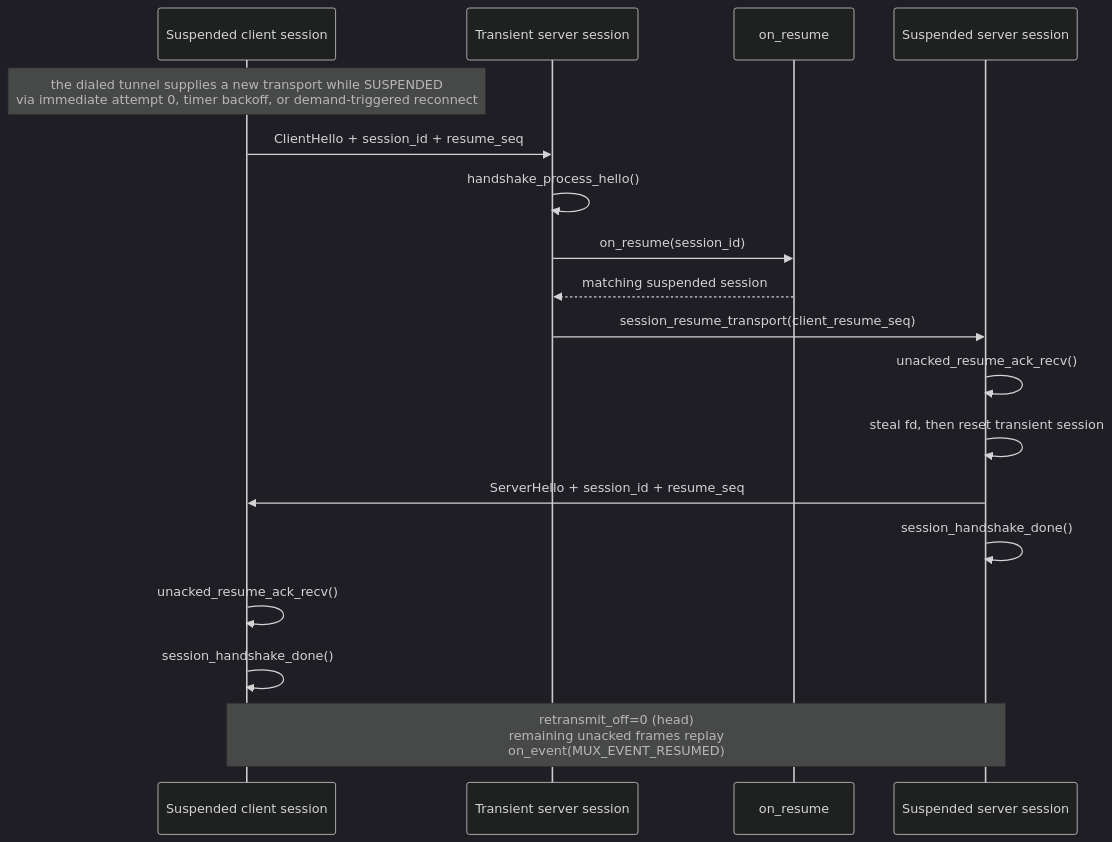
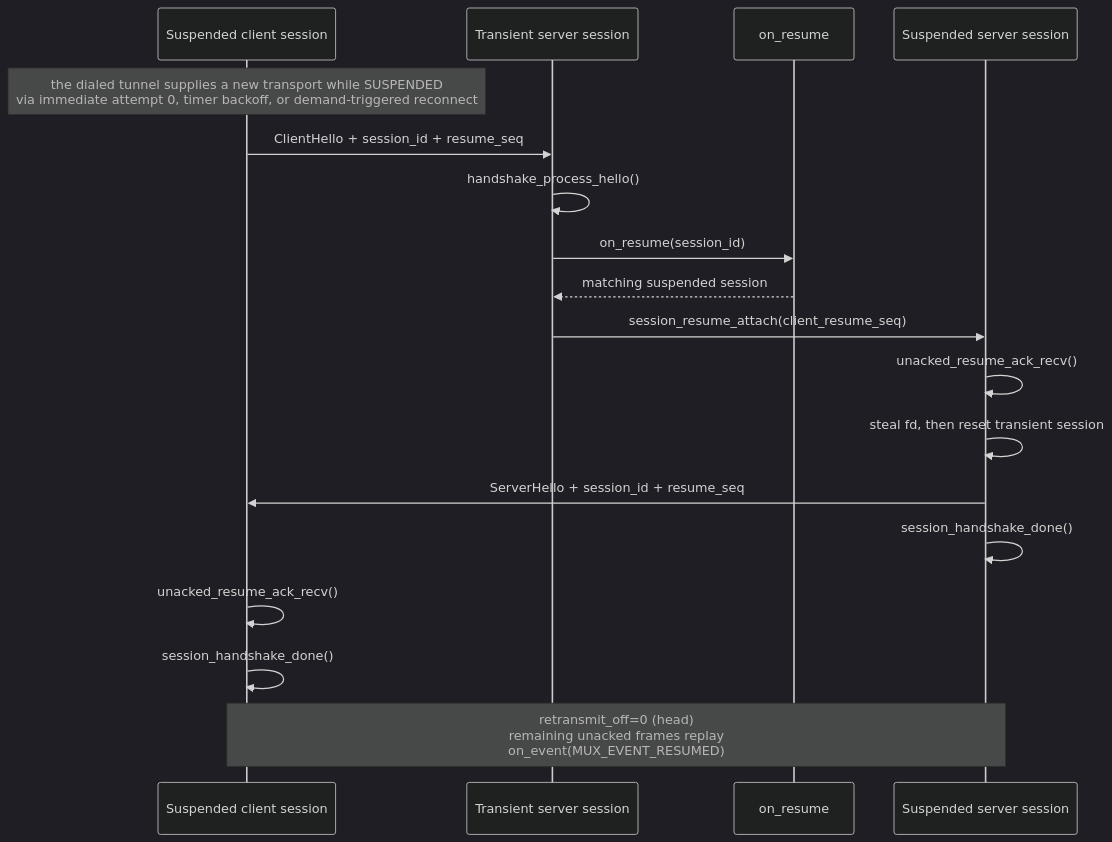
The seventh of 19 diagrams in doc/impl.md (hexian000/multiplexd), drawn with Mermaid (dark theme) before and after one commit. The commit also changed other lines of this file and 152 other files, not shown here.

````diff
--- a/doc/impl.md
+++ b/doc/impl.md
@@ -376,21 +378,21 @@
 ```mermaid
 sequenceDiagram
   participant Client as Suspended client session
   participant Transient as Transient server session
   participant Lookup as on_resume
   participant Suspended as Suspended server session
 
   Note over Client: the dialed tunnel supplies a new transport while SUSPENDED<br/>via immediate attempt 0, timer backoff, or demand-triggered reconnect
   Client->>Transient: ClientHello + session_id + resume_seq
   Transient->>Transient: handshake_process_hello()
   Transient->>Lookup: on_resume(session_id)
   Lookup-->>Transient: matching suspended session
-  Transient->>Suspended: session_resume_transport(client_resume_seq)
+  Transient->>Suspended: session_resume_attach(client_resume_seq)
   Suspended->>Suspended: unacked_resume_ack_recv()
   Suspended->>Suspended: steal fd, then reset transient session
   Suspended->>Client: ServerHello + session_id + resume_seq
   Suspended->>Suspended: session_handshake_done()
   Client->>Client: unacked_resume_ack_recv()
   Client->>Client: session_handshake_done()
   Note over Client,Suspended: retransmit_off=0 (head)<br/>remaining unacked frames replay<br/>on_event(MUX_EVENT_RESUMED)
 ```
````
